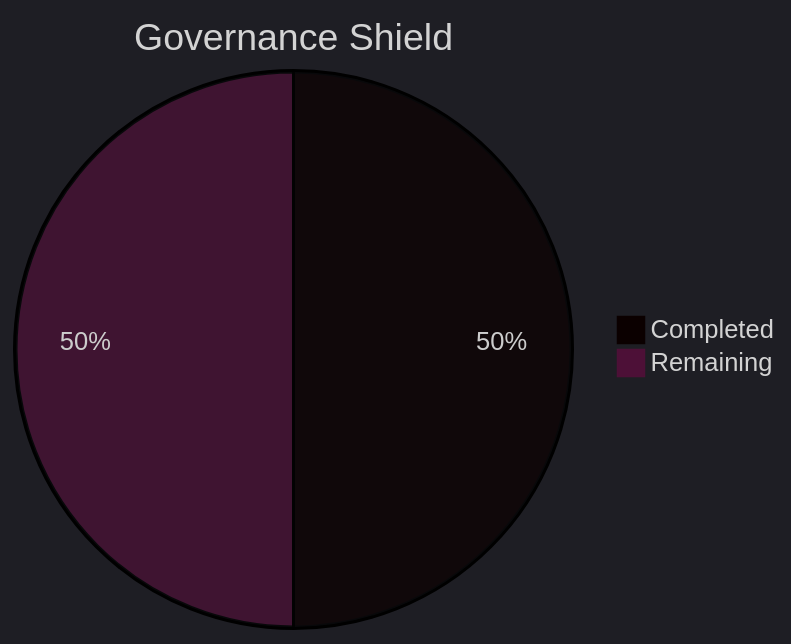
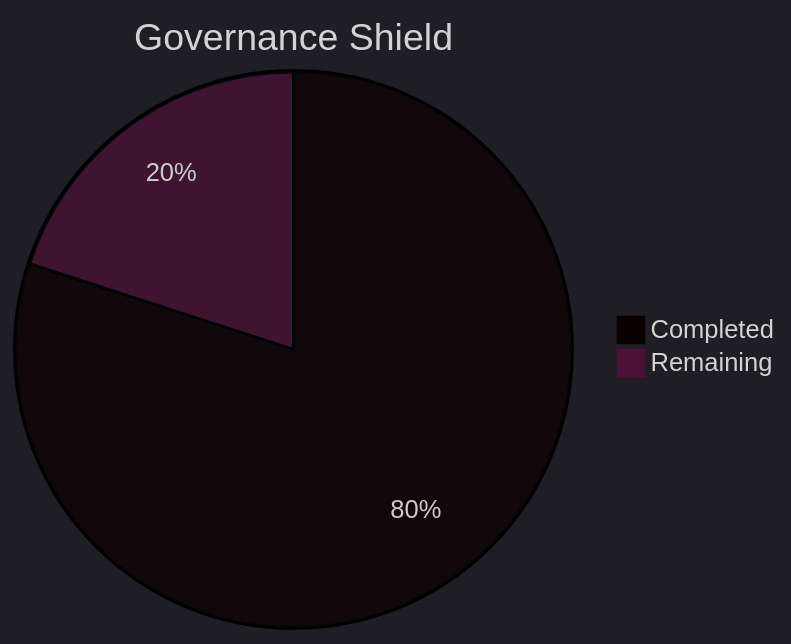
The fourth of 5 diagrams in tools/SK8Lytz_Bucket_List.md (Neogleamz/SK8Lytz), drawn with Mermaid before and after one commit. The commit also changed other lines of this file, not shown here.

Commit message:
feat(onboarding): finalize telemetry permission branding and archive completed tasks

````diff
--- a/tools/SK8Lytz_Bucket_List.md
+++ b/tools/SK8Lytz_Bucket_List.md
@@ -62,6 +62,6 @@
 ```mermaid
 %%{init: {'theme': 'dark'}}%%
 pie title Governance Shield
-  "Completed" : 2
-  "Remaining" : 2
+  "Completed" : 4
+  "Remaining" : 1
 ```
````
